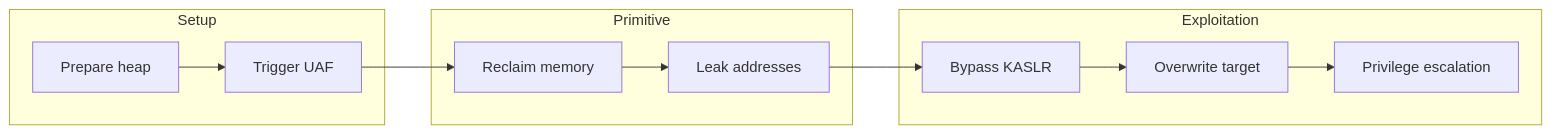
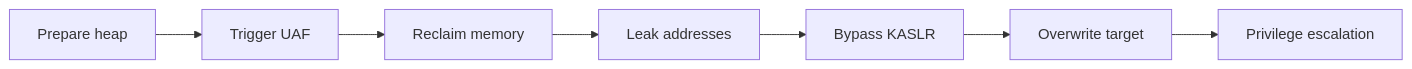
The fourth of 10 diagrams in cve/kernel/CVE-2022-32250.md (pullsec/hugo-content), drawn with Mermaid before and after one commit. The commit also changed other lines of this file, not shown here.

````diff
--- a/cve/kernel/CVE-2022-32250.md
+++ b/cve/kernel/CVE-2022-32250.md
@@ -271,20 +184,10 @@
 ```mermaid
 flowchart LR
-    subgraph Setup
-        A["Prepare heap"]
-        B["Trigger UAF"]
-    end
-
-    subgraph Primitive
-        C["Reclaim memory"]
-        D["Leak addresses"]
-    end
-
-    subgraph Exploitation
-        E["Bypass KASLR"]
-        F["Overwrite target"]
-        G["Privilege escalation"]
-    end
-
-    A --> B --> C --> D --> E --> F --> G
+    A["Prepare heap"]
+        --> B["Trigger UAF"]
+        --> C["Reclaim memory"]
+        --> D["Leak addresses"]
+        --> E["Bypass KASLR"]
+        --> F["Overwrite target"]
+        --> G["Privilege escalation"]
 ```
````
